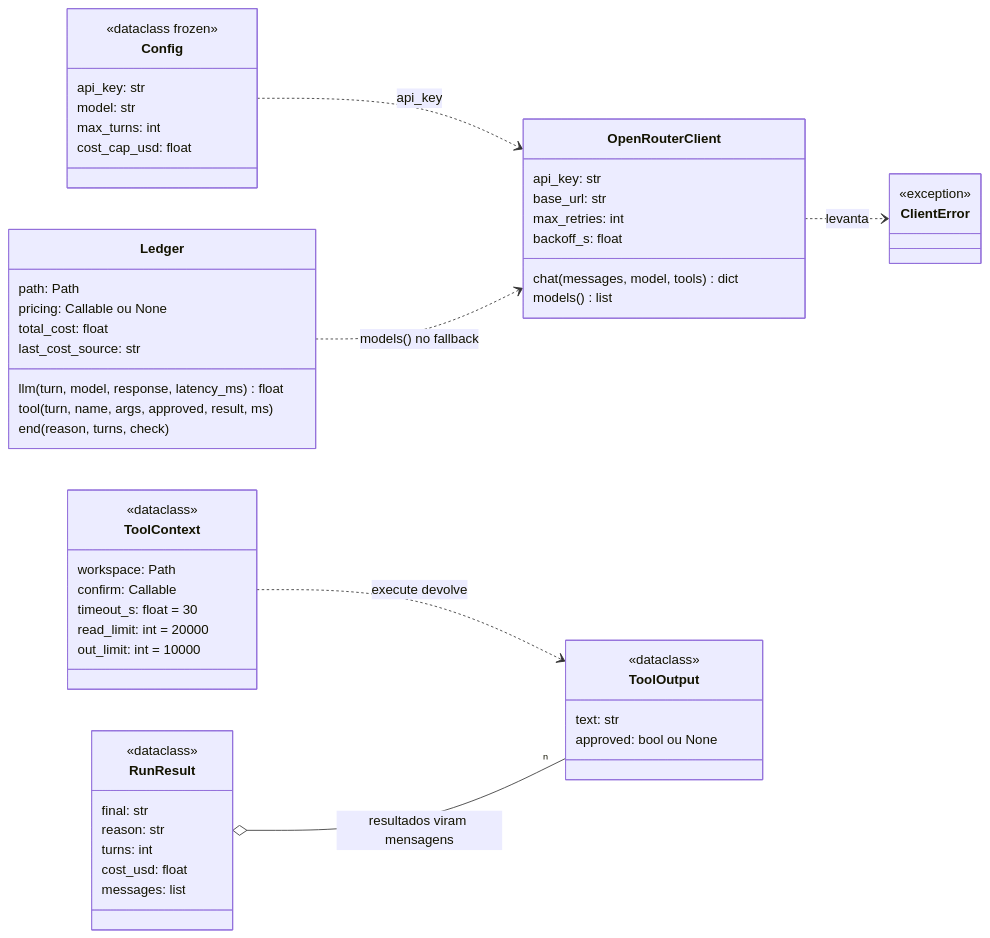
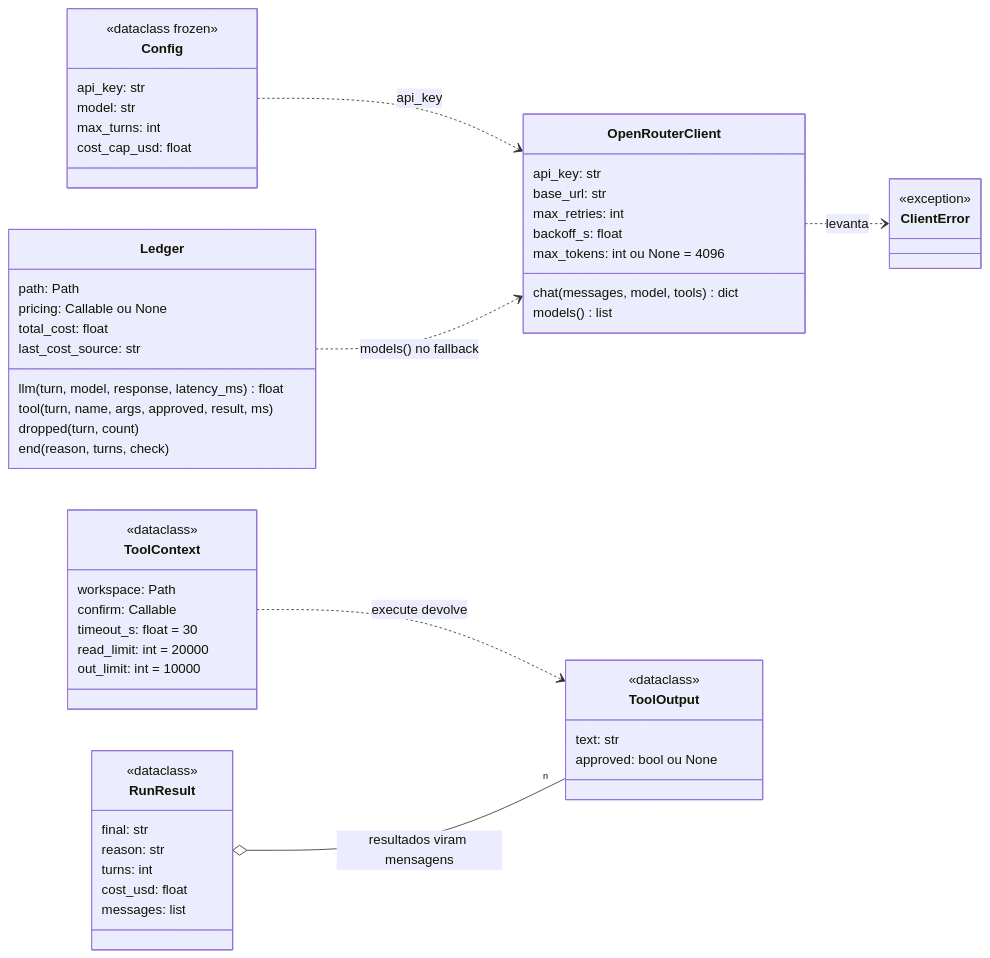
The first of 3 diagrams in docs/arquitetura/04-modelo-de-dados.md (CristianonCarvalho/harness-p1-agente-minimo), drawn with Mermaid before and after one commit. The commit also changed 6 other files, not shown here.

````diff
--- a/docs/arquitetura/04-modelo-de-dados.md
+++ b/docs/arquitetura/04-modelo-de-dados.md
@@ -7,58 +7,60 @@
 ```mermaid
 classDiagram
     direction LR
     class Config {
         <<dataclass frozen>>
         api_key: str
         model: str
         max_turns: int
         cost_cap_usd: float
     }
     class OpenRouterClient {
         api_key: str
         base_url: str
         max_retries: int
         backoff_s: float
+        max_tokens: int ou None = 4096
         chat(messages, model, tools) dict
         models() list
     }
     class ClientError {
         <<exception>>
     }
     class ToolContext {
         <<dataclass>>
         workspace: Path
         confirm: Callable
         timeout_s: float = 30
         read_limit: int = 20000
         out_limit: int = 10000
     }
     class ToolOutput {
         <<dataclass>>
         text: str
         approved: bool ou None
     }
     class Ledger {
         path: Path
         pricing: Callable ou None
         total_cost: float
         last_cost_source: str
         llm(turn, model, response, latency_ms) float
         tool(turn, name, args, approved, result, ms)
+        dropped(turn, count)
         end(reason, turns, check)
     }
     class RunResult {
         <<dataclass>>
         final: str
         reason: str
         turns: int
         cost_usd: float
         messages: list
     }
 
     OpenRouterClient ..> ClientError : levanta
     Config ..> OpenRouterClient : api_key
     ToolContext ..> ToolOutput : execute devolve
     Ledger ..> OpenRouterClient : models() no fallback
     RunResult o-- "n" ToolOutput : resultados viram mensagens
 ```
````
